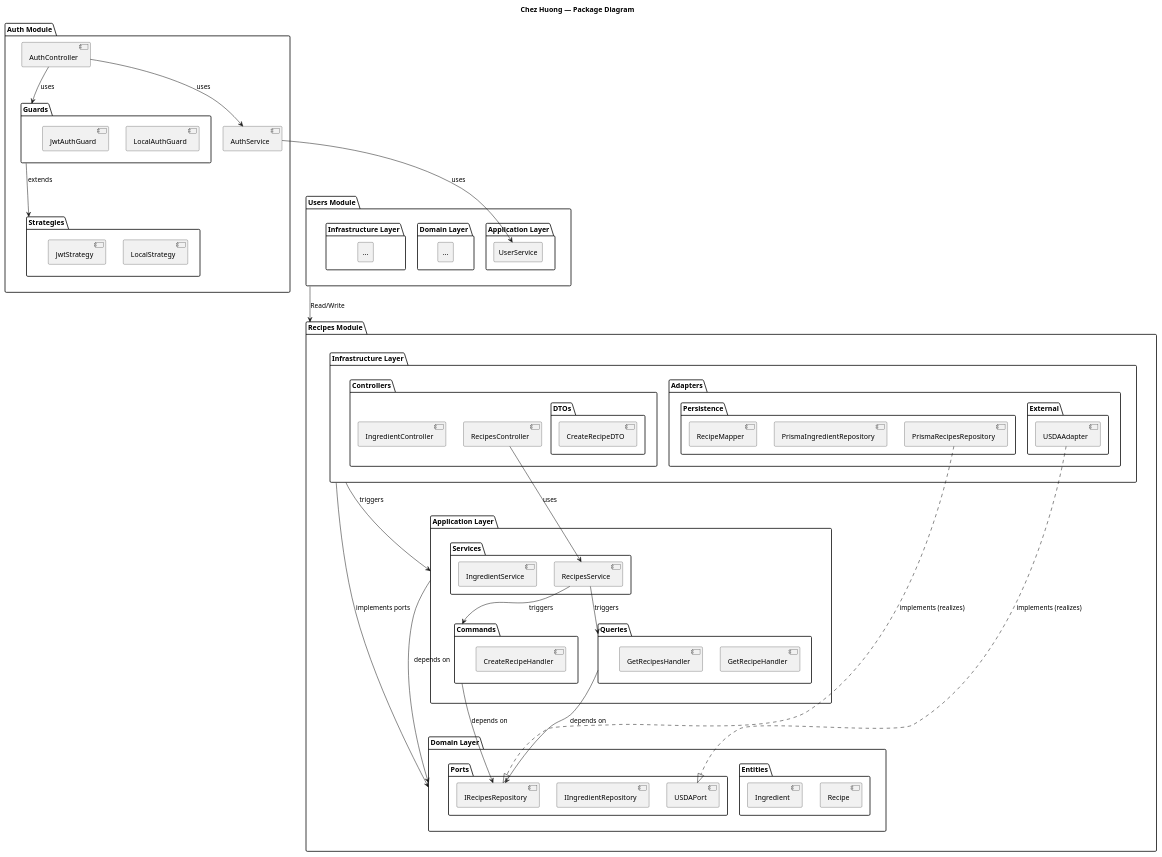
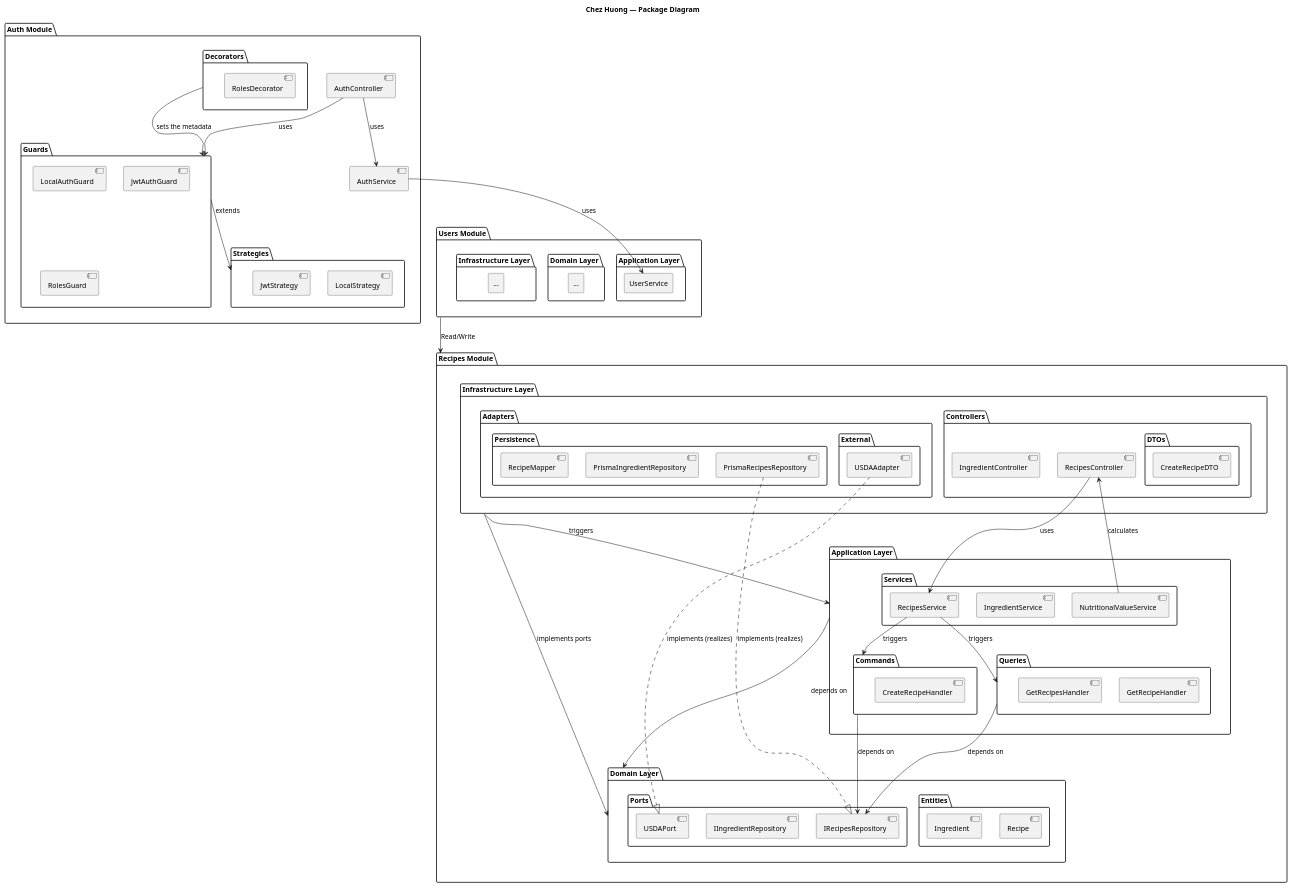
One commit to Orchydae/Chez_Huong changed the diagram in docs/diagrams/package_diagram.puml. Above: the diagram before and after it, drawn with PlantUML. The commit also changed 1 other file, not shown here.

```diff
--- a/docs/diagrams/package_diagram.puml
+++ b/docs/diagrams/package_diagram.puml
@@ -1,106 +1,114 @@
 @startuml 
 title Chez Huong — Package Diagram
 
 skinparam defaultFontName Monospace
 
 package "Recipes Module" as Recipes {
     package "Application Layer" as RAL {
         package "Commands" as RecipesCommands {
             [CreateRecipeHandler]
         }
         package "Queries" as RecipesQueries {
             [GetRecipeHandler]
             [GetRecipesHandler]
         }
         package "Services" {
             [RecipesService]
             [IngredientService]
+            [NutritionalValueService]
         }
     }
 
     package "Domain Layer" as RDL {
         package "Entities" {
             [Recipe]
             [Ingredient]
         }
         package "Ports" {
             [IRecipesRepository]
             [IIngredientRepository]
             [USDAPort]
         }
     }
 
     package "Infrastructure Layer" as RIL {
         package "Adapters" {
             package "Persistence" {
                 [PrismaRecipesRepository]
                 [PrismaIngredientRepository]
                 [RecipeMapper]
             }
             package "External" {
                 [USDAAdapter]
             }
         }
         package "Controllers" {
             [RecipesController]
             [IngredientController]
 
             package "DTOs" {
                 [CreateRecipeDTO]
             }
         }
     }
 
     ' Internal flows
     RAL --> RDL: depends on
     RIL --> RAL: triggers
     RIL --> RDL: implements ports
 
     RecipesController --> RecipesService: uses
+    RecipesController <-- NutritionalValueService: calculates
     RecipesService --> RecipesCommands: triggers
     RecipesService --> RecipesQueries: triggers
     RecipesCommands --> IRecipesRepository : depends on
     RecipesQueries --> IRecipesRepository : depends on
     PrismaRecipesRepository ..|> IRecipesRepository: implements (realizes)
     USDAAdapter ..|> USDAPort: implements (realizes)
 }
 
 package "Users Module" as Users {
     package "Application Layer" {
         rectangle "UserService" as UserService
     }
 
     package "Domain Layer" {
         rectangle "..." as ddots
     }
 
     package "Infrastructure Layer" {
         rectangle "..." as idots
     }
 }
 
 package "Auth Module" as Auth {
     package "Guards" as AuthGuards{
         [LocalAuthGuard]
         [JwtAuthGuard]
+        [RolesGuard]
     }
 
     package "Strategies" as AuthStrategies {
         [LocalStrategy]
         [JwtStrategy]
+    }
+
+    package "Decorators" as AuthDecorators {
+        [RolesDecorator]
     }
 
     component "AuthController" as AuthController
     component "AuthService" as AuthService
 
     AuthController --> AuthGuards:  uses
     AuthController --> AuthService: uses
     AuthService --> UserService: uses
     AuthGuards --> AuthStrategies: extends
+    AuthDecorators --> AuthGuards: sets the metadata
 }
 
 ' Dependencies
 Users --> Recipes: Read/Write
 
 
 @enduml
```
